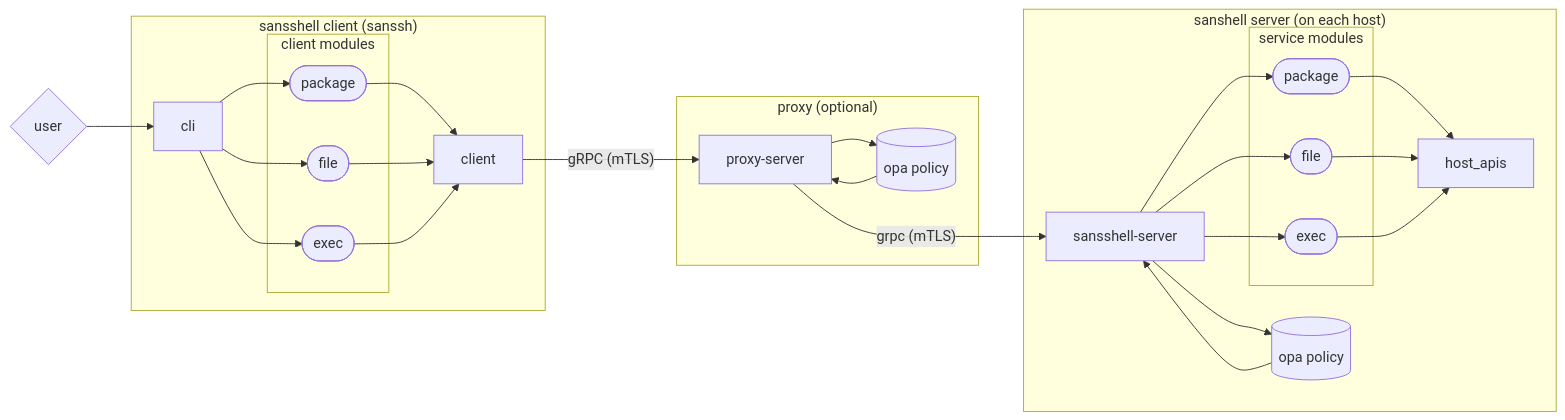
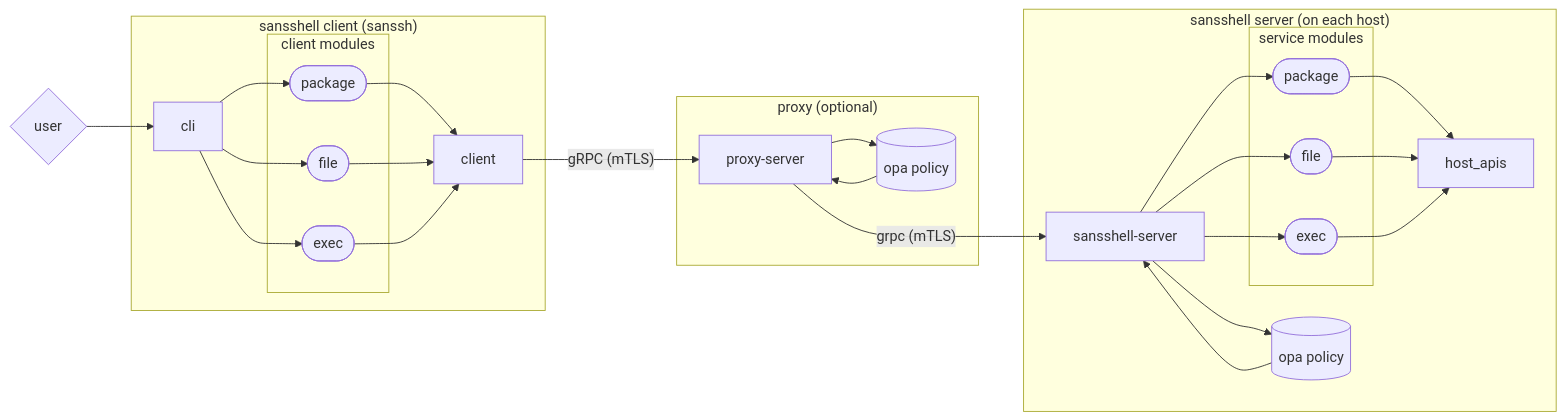
One commit to Snowflake-Labs/sansshell changed the diagram in README.md. Above: the diagram before and after it, drawn with Mermaid. The commit also changed other lines of this file and 7 other files, not shown here.

````diff
--- a/README.md
+++ b/README.md
@@ -10,39 +10,39 @@
 ```mermaid
 flowchart LR;
  
 subgraph sanssh ["sansshell client (sanssh)"]
     cli;
     client;
     subgraph client modules
       package([package]);
       file([file]);
       exec([exec]);
     end
     cli --> package --> client;
     cli --> file --> client;
     cli --> exec --> client;
 end
 subgraph proxy ["proxy (optional)"]
     proxy_server[proxy-server];
     opa_policy[(opa policy)];
     proxy_server --> opa_policy --> proxy_server
 end
-subgraph sansshell server ["sanshell server (on each host)"]
+subgraph sansshell server ["sansshell server (on each host)"]
     server[sansshell-server];
     host_apis;
     s_opa_policy[(opa policy)];
     subgraph service modules
       s_package([package]);
       s_file([file]);
       s_exec([exec]);
     end
     server --> s_package --> host_apis;
     server --> s_file --> host_apis;
     server --> s_exec --> host_apis;
     server --> s_opa_policy --> server
 end
 user{user};
 user --> cli;
 client --"gRPC (mTLS)"--> proxy_server
 proxy_server --"grpc (mTLS)"---> server
 ```
````
